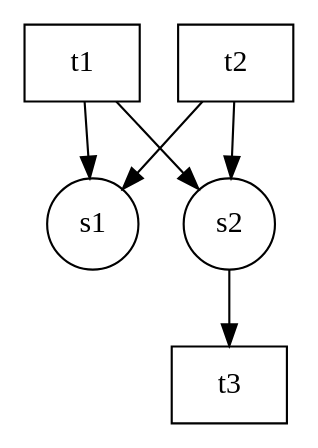
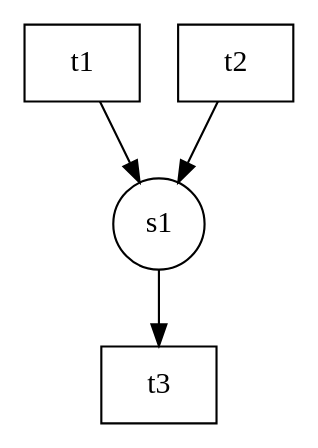
The diagram in Reduktionsalgorithmen/petri-netz.gv (dnannen/reduction-of-petri-nets), drawn with Graphviz before and after one commit. The commit also changed 3 other files, not shown here.

```diff
--- a/Reduktionsalgorithmen/petri-netz.gv
+++ b/Reduktionsalgorithmen/petri-netz.gv
@@ -1,12 +1,10 @@
 digraph petrinet{
 node[shape=circle];
 "s1";
 "t1" [shape=box];
 "t2" [shape=box];
 "t3" [shape=box];
-"s2"->"t3"
+"s1"->"t3"
 "t1"->"s1"
-"t1"->"s2"
 "t2"->"s1"
-"t2"->"s2"
 }
```
